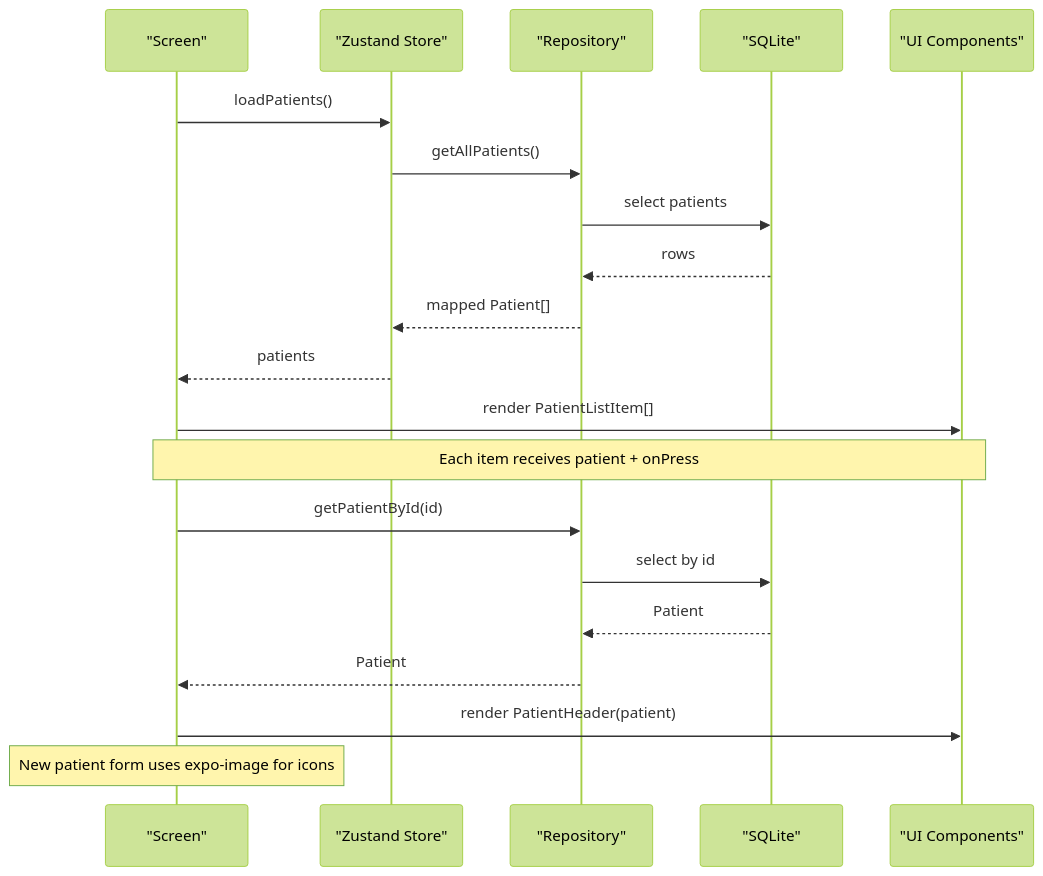
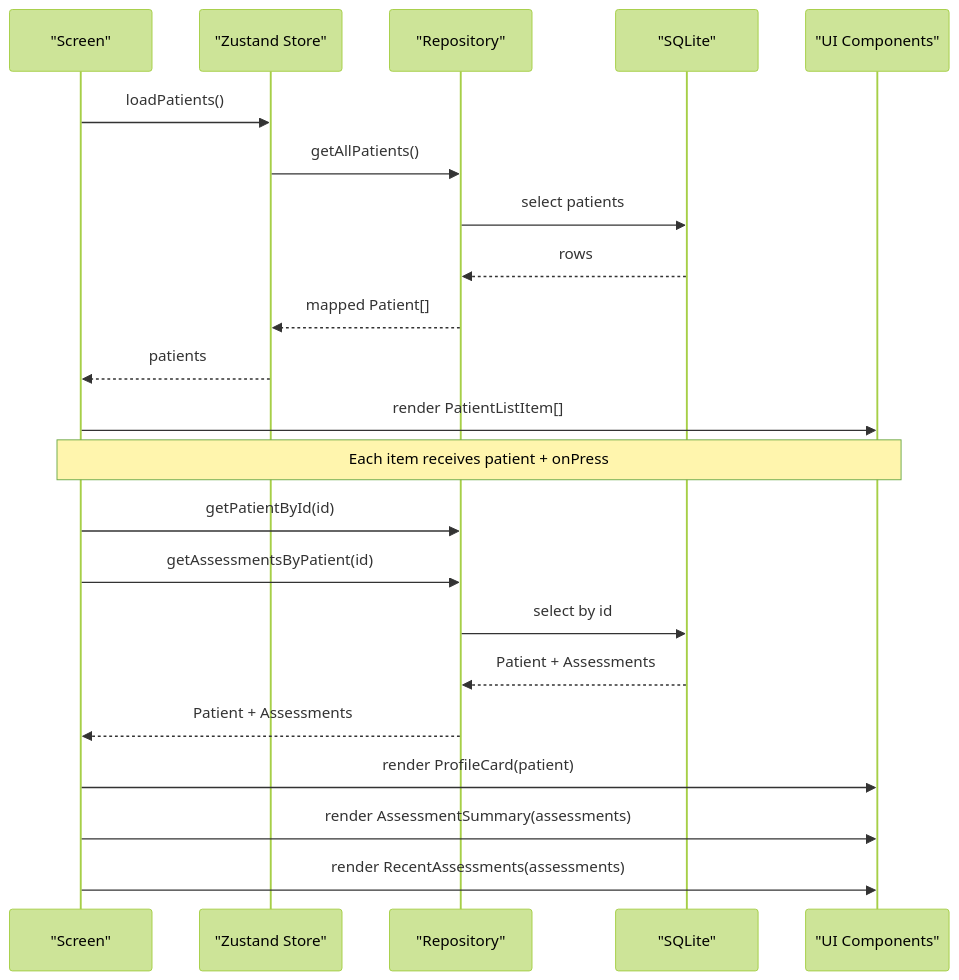
The second of 10 diagrams in .qoder/repowiki/en/content/Patient Management/UI Components.md (AdeelTahir-SE/DermSight), drawn with Mermaid (forest theme) before and after one commit. The commit also changed other lines of this file and 23 other files, not shown here.

````diff
--- a/.qoder/repowiki/en/content/Patient Management/UI Components.md
+++ b/.qoder/repowiki/en/content/Patient Management/UI Components.md
@@ -144,22 +142,24 @@
 ```mermaid
 sequenceDiagram
 participant Screen as "Screen"
 participant Store as "Zustand Store"
 participant Repo as "Repository"
 participant DB as "SQLite"
 participant Comp as "UI Components"
 Screen->>Store : loadPatients()
 Store->>Repo : getAllPatients()
 Repo->>DB : select patients
 DB-->>Repo : rows
 Repo-->>Store : mapped Patient[]
 Store-->>Screen : patients
 Screen->>Comp : render PatientListItem[]
 Note over Screen,Comp : Each item receives patient + onPress
 Screen->>Repo : getPatientById(id)
+Screen->>Repo : getAssessmentsByPatient(id)
 Repo->>DB : select by id
-DB-->>Repo : Patient
-Repo-->>Screen : Patient
-Screen->>Comp : render PatientHeader(patient)
-Note over Screen : New patient form uses expo-image for icons
+DB-->>Repo : Patient + Assessments
+Repo-->>Screen : Patient + Assessments
+Screen->>Comp : render ProfileCard(patient)
+Screen->>Comp : render AssessmentSummary(assessments)
+Screen->>Comp : render RecentAssessments(assessments)
 ```
````
